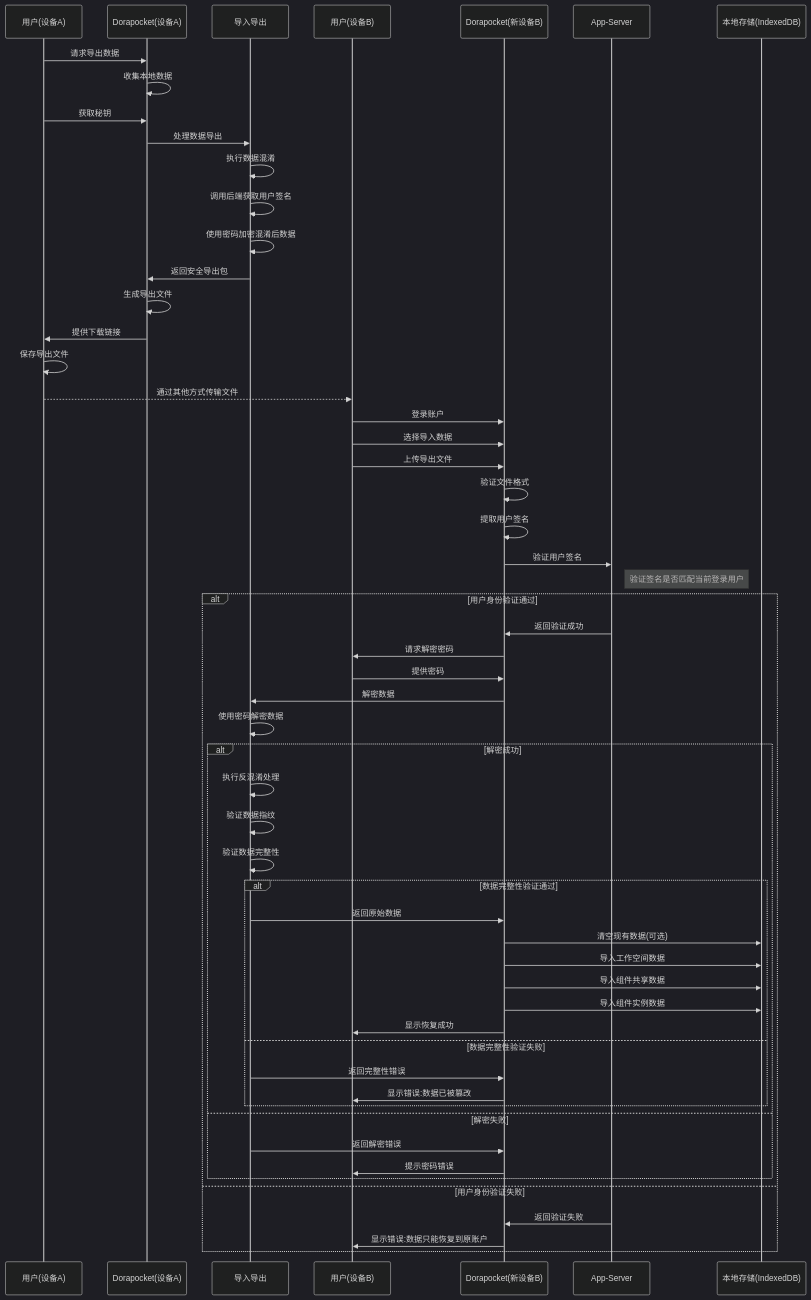
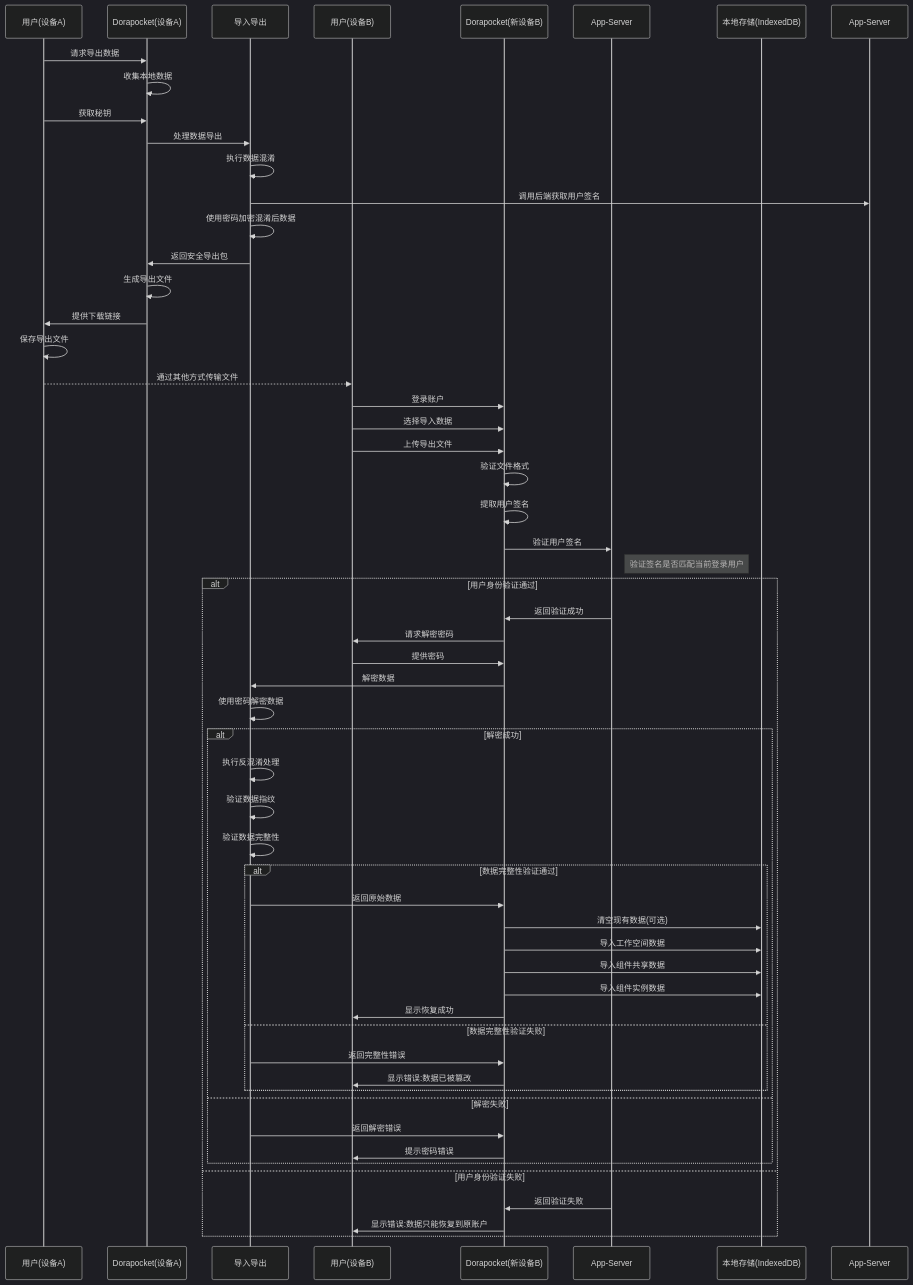
One commit to yingjianzh/iodraw-files changed the diagram in all/未命名-34.md. Above: the diagram before and after it, drawn with Mermaid (dark theme).

Commit message:
2025-04-17 16:52:14 update

````diff
--- a/all/未命名-34.md
+++ b/all/未命名-34.md
@@ -1,72 +1,72 @@
 ```mermaid
 sequenceDiagram
     participant UserOld as 用户(设备A)
     participant AppOld as Dorapocket(设备A)
     participant Security as 导入导出
     participant UserNew as 用户(设备B)
     participant AppNew as Dorapocket(新设备B)
     participant AppServer as App-Server
     participant LocalDB as 本地存储(IndexedDB)
     
     %% 导出流程
     UserOld->>AppOld: 请求导出数据
     AppOld->>AppOld: 收集本地数据
     UserOld->>AppOld: 获取秘钥
     
     AppOld->>Security: 处理数据导出
     Security->>Security: 执行数据混淆
-    Security->>Security: 调用后端获取用户签名
+    Security->>App-Server: 调用后端获取用户签名
     Security->>Security: 使用密码加密混淆后数据
     Security->>AppOld: 返回安全导出包
     
     AppOld->>AppOld: 生成导出文件
     AppOld->>UserOld: 提供下载链接
     UserOld->>UserOld: 保存导出文件
     
     %% 传输文件(由用户完成)
     UserOld-->>UserNew: 通过其他方式传输文件
     
     %% 恢复流程
     UserNew->>AppNew: 登录账户
     UserNew->>AppNew: 选择导入数据
     UserNew->>AppNew: 上传导出文件
     
     AppNew->>AppNew: 验证文件格式
     AppNew->>AppNew: 提取用户签名
     
     AppNew->>AppServer: 验证用户签名
     note right of AppServer: 验证签名是否匹配当前登录用户
     
     alt 用户身份验证通过
         AppServer->>AppNew: 返回验证成功
         AppNew->>UserNew: 请求解密密码
         UserNew->>AppNew: 提供密码
         
         AppNew->>Security: 解密数据
         Security->>Security: 使用密码解密数据
         
         alt 解密成功
             Security->>Security: 执行反混淆处理
             Security->>Security: 验证数据指纹
             Security->>Security: 验证数据完整性
             
             alt 数据完整性验证通过
                 Security->>AppNew: 返回原始数据
                 AppNew->>LocalDB: 清空现有数据(可选)
                 AppNew->>LocalDB: 导入工作空间数据
                 AppNew->>LocalDB: 导入组件共享数据
                 AppNew->>LocalDB: 导入组件实例数据
                 AppNew->>UserNew: 显示恢复成功
             else 数据完整性验证失败
                 Security->>AppNew: 返回完整性错误
                 AppNew->>UserNew: 显示错误:数据已被篡改
             end
         else 解密失败
             Security->>AppNew: 返回解密错误
             AppNew->>UserNew: 提示密码错误
         end
     else 用户身份验证失败
         AppServer->>AppNew: 返回验证失败
         AppNew->>UserNew: 显示错误:数据只能恢复到原账户
     end
 ```
````
